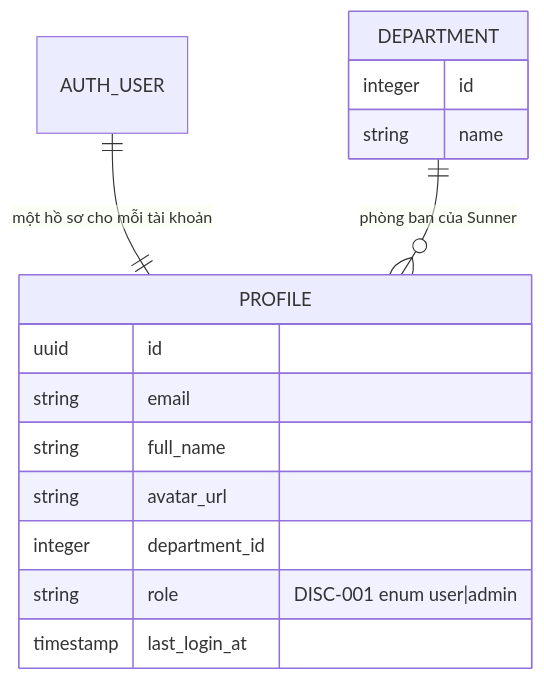
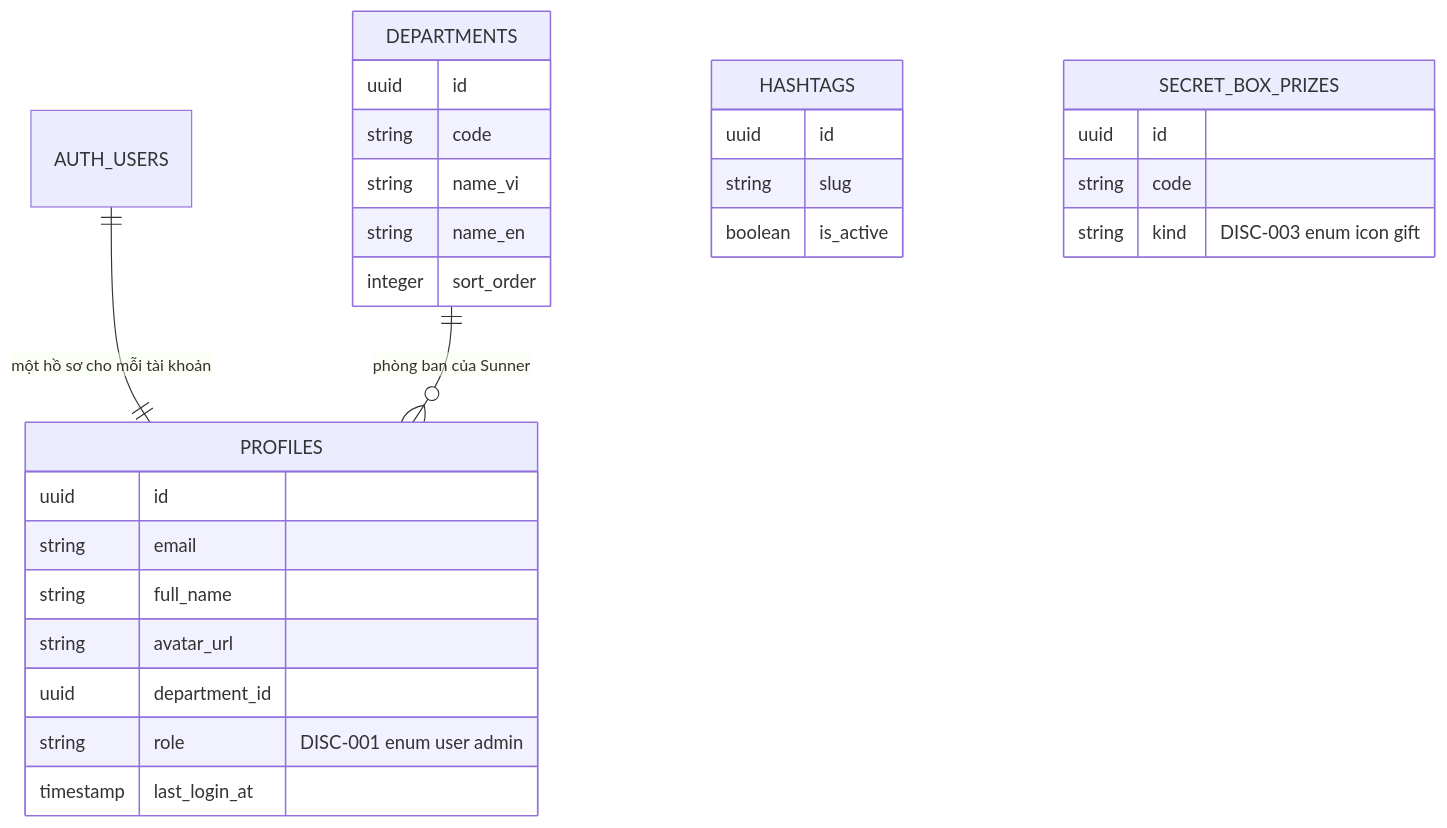
One commit to hailv-3571/agentic-coding-hands-on changed the fifth of 7 diagrams in docs/features/F001_Auth/technical-spec.md. Above: the diagram before and after it, drawn with Mermaid. The commit also changed other lines of this file and 250 other files, not shown here.

````diff
--- a/docs/features/F001_Auth/technical-spec.md
+++ b/docs/features/F001_Auth/technical-spec.md
@@ -260,18 +443,31 @@
 ```mermaid
 erDiagram
-    AUTH_USER ||--|| PROFILE : "một hồ sơ cho mỗi tài khoản"
-    DEPARTMENT ||--o{ PROFILE : "phòng ban của Sunner"
-    PROFILE {
+    AUTH_USERS ||--|| PROFILES : "một hồ sơ cho mỗi tài khoản"
+    DEPARTMENTS ||--o{ PROFILES : "phòng ban của Sunner"
+    PROFILES {
         uuid id
         string email
         string full_name
         string avatar_url
-        integer department_id
-        string role "DISC-001 enum user|admin"
+        uuid department_id
+        string role "DISC-001 enum user admin"
         timestamp last_login_at
     }
-    DEPARTMENT {
-        integer id
-        string name
+    DEPARTMENTS {
+        uuid id
+        string code
+        string name_vi
+        string name_en
+        integer sort_order
+    }
+    HASHTAGS {
+        uuid id
+        string slug
+        boolean is_active
+    }
+    SECRET_BOX_PRIZES {
+        uuid id
+        string code
+        string kind "DISC-003 enum icon gift"
     }
 ```
````
